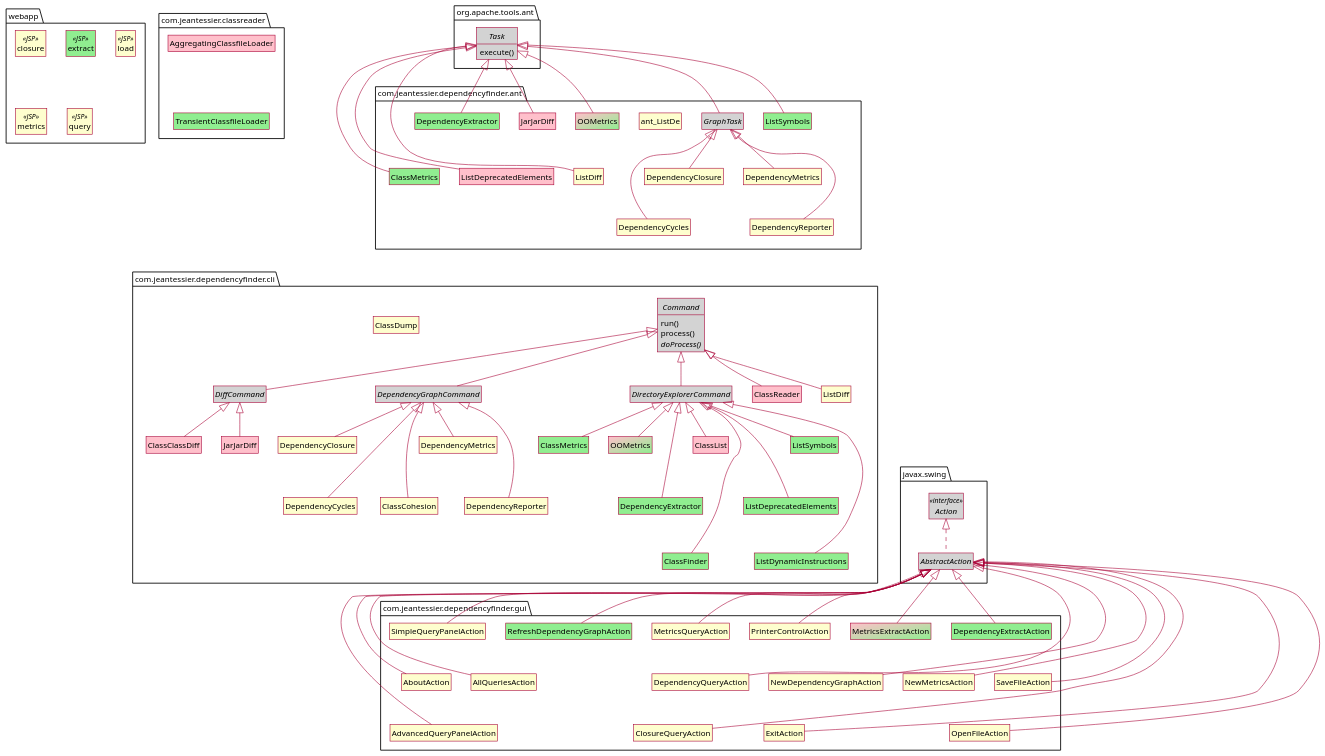
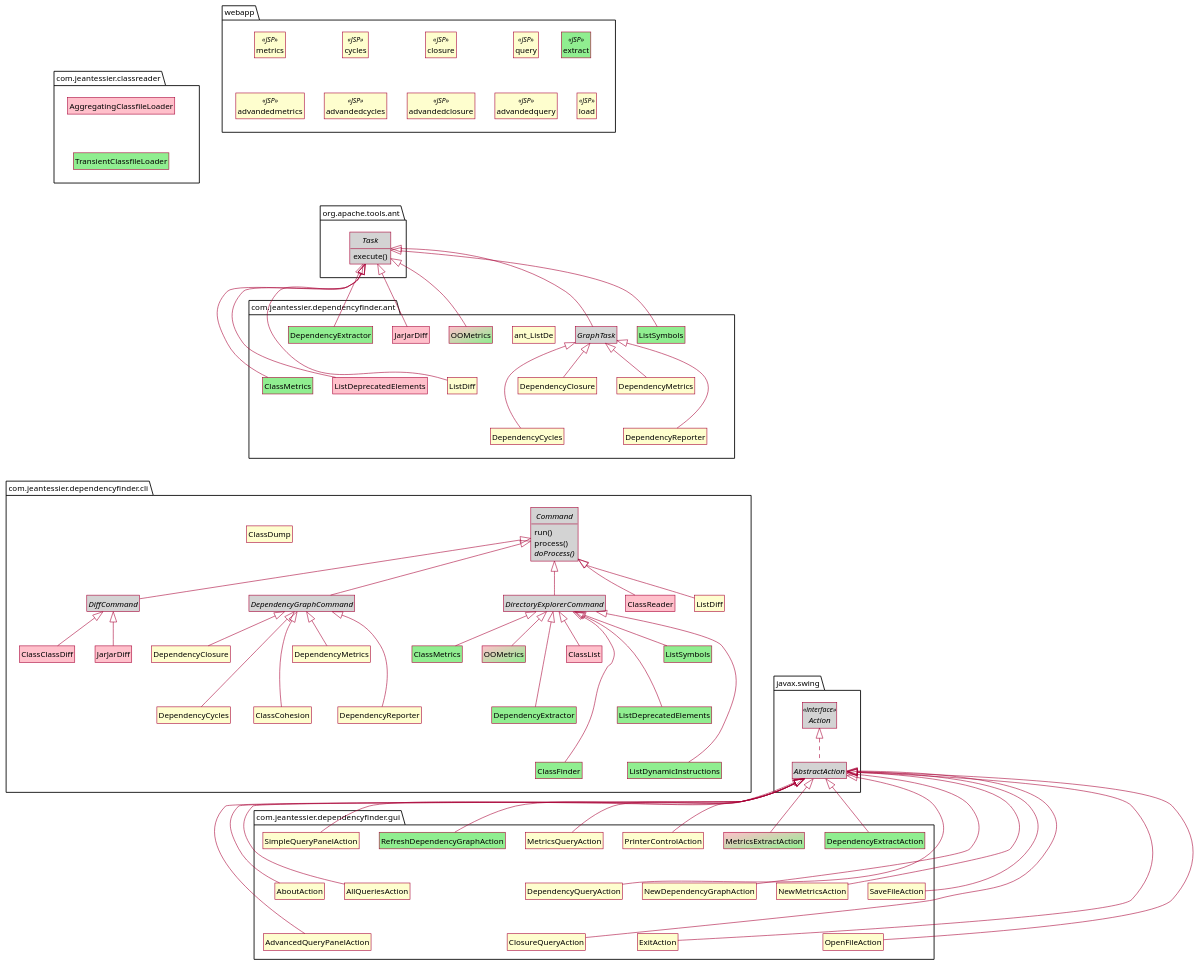
One commit to jeantessier/dependency-finder changed the diagram in images/ToolsClassHierarchy.puml. Above: the diagram before and after it, drawn with PlantUML. The commit also changed 2 other files, not shown here.

Commit message:
Adjust tools hierarchy diagram

```diff
--- a/images/ToolsClassHierarchy.puml
+++ b/images/ToolsClassHierarchy.puml
@@ -211,17 +211,29 @@
 }
 
 package webapp {
+  class extract <<JSP>> #lightgreen
+  class load <<JSP>>
+  extract -[hidden]-> load
+
+  class query <<JSP>>
+  class advandedquery <<JSP>>
+  query -[hidden]-> advandedquery
+
   class closure <<JSP>>
+  class advandedclosure <<JSP>>
+  closure -[hidden]-> advandedclosure
 
-  class extract <<JSP>> #lightgreen
-
-  class load <<JSP>>
+  class cycles <<JSP>>
+  class advandedcycles <<JSP>>
+  cycles -[hidden]-> advandedcycles
 
   class metrics <<JSP>>
-
-  class query <<JSP>>
+  class advandedmetrics <<JSP>>
+  metrics -[hidden]-> advandedmetrics
 }
 
+com.jeantessier.classreader --[hidden]-> org.apache.tools.ant
+webapp --[hidden]--> org.apache.tools.ant
 com.jeantessier.dependencyfinder.ant --[hidden]--> com.jeantessier.dependencyfinder.cli
 com.jeantessier.dependencyfinder.cli --[hidden]--> javax.swing
 
```
